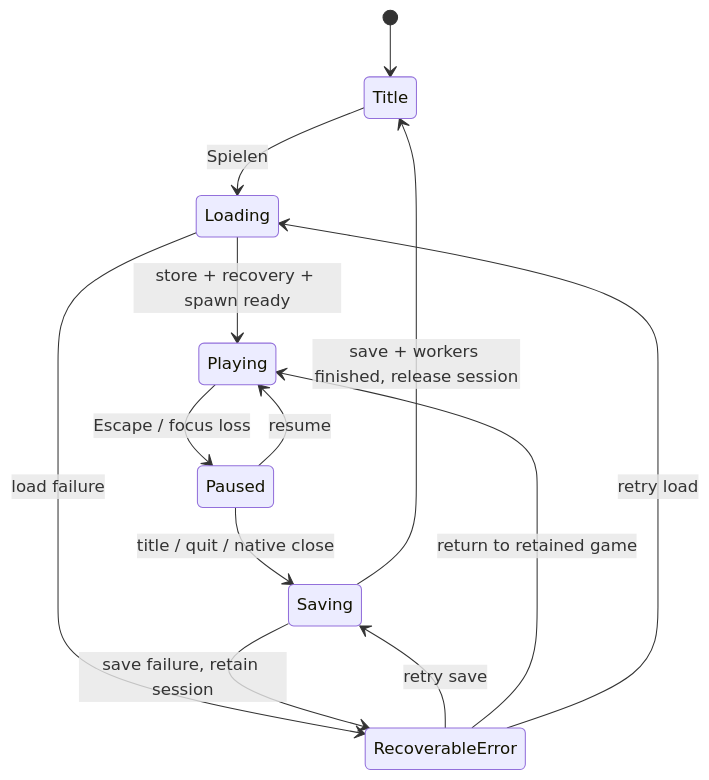
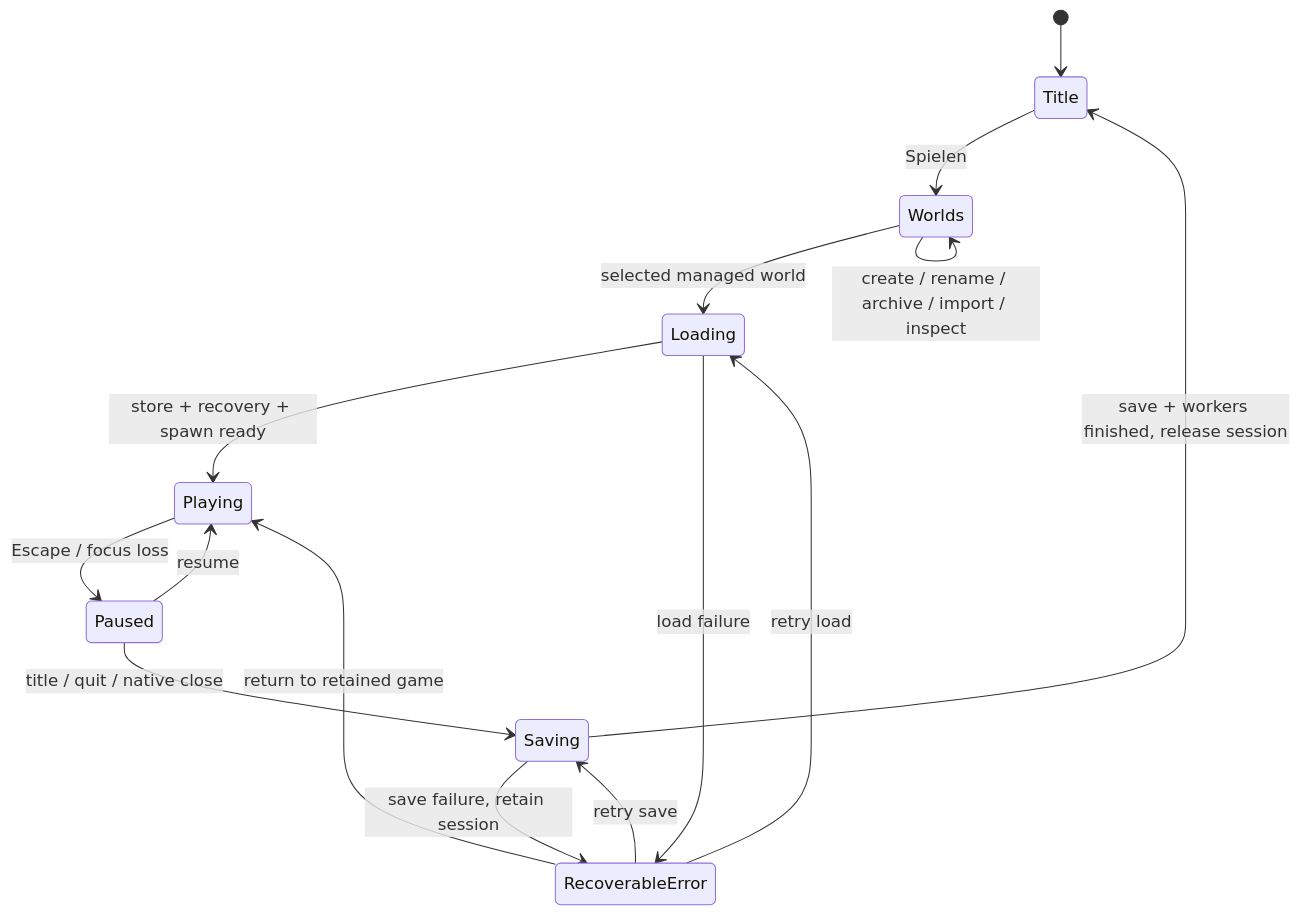
Before and after one commit to ArturTrumpfheller/rustcraft: the diagram in docs/MENUS.md, drawn with Mermaid. The commit also changed other lines of this file and 22 other files, not shown here.

````diff
--- a/docs/MENUS.md
+++ b/docs/MENUS.md
@@ -34,15 +35,17 @@
 ```mermaid
 stateDiagram-v2
     [*] --> Title
-    Title --> Loading: Spielen
+    Title --> Worlds: Spielen
+    Worlds --> Loading: selected managed world
+    Worlds --> Worlds: create / rename / archive / import / inspect
     Loading --> Playing: store + recovery + spawn ready
     Loading --> RecoverableError: load failure
     Playing --> Paused: Escape / focus loss
     Paused --> Playing: resume
     Paused --> Saving: title / quit / native close
     Saving --> Title: save + workers finished, release session
     Saving --> RecoverableError: save failure, retain session
     RecoverableError --> Saving: retry save
     RecoverableError --> Playing: return to retained game
     RecoverableError --> Loading: retry load
 ```
````
